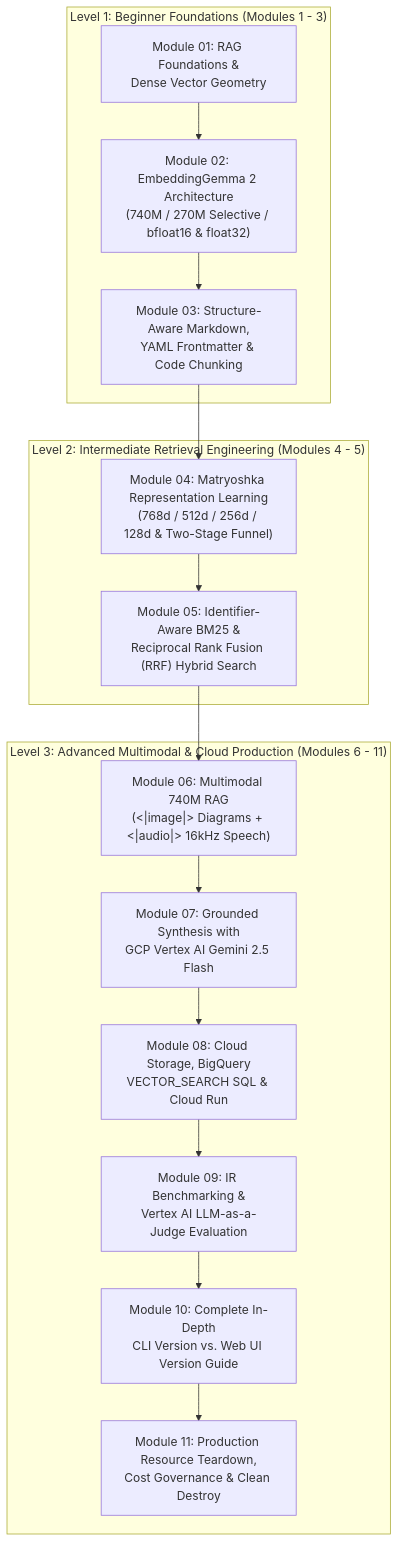
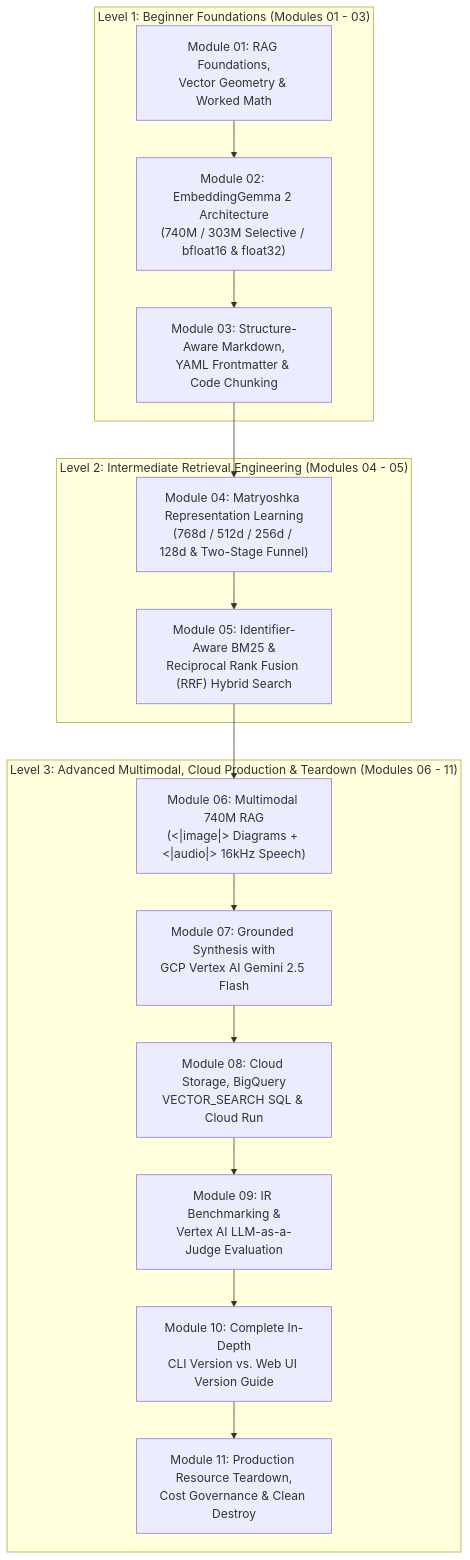
Before and after one commit to ajithvnr2001/sarvam-docs: the diagram in rag-embeddinggemma2-course/COURSE.md, drawn with Mermaid. The commit also changed other lines of this file and 14 other files, not shown here.

Commit message:
Fix all GFM/KaTeX/Mermaid lint issues & upgrade all 11 RAG course modules to MIT-Professor 4-pillar standard

````diff
--- a/rag-embeddinggemma2-course/COURSE.md
+++ b/rag-embeddinggemma2-course/COURSE.md
@@ -12,21 +12,21 @@
 ```mermaid
 flowchart TB
-    subgraph L1["Level 1: Beginner Foundations (Modules 1 - 3)"]
-        M1["Module 01: RAG Foundations &\nDense Vector Geometry"] --> M2["Module 02: EmbeddingGemma 2 Architecture\n(740M / 270M Selective / bfloat16 & float32)"]
-        M2 --> M3["Module 03: Structure-Aware Markdown,\nYAML Frontmatter & Code Chunking"]
+    subgraph L1["Level 1: Beginner Foundations (Modules 01 - 03)"]
+        M1["Module 01: RAG Foundations,<br/>Vector Geometry & Worked Math"] --> M2["Module 02: EmbeddingGemma 2 Architecture<br/>(740M / 303M Selective / bfloat16 & float32)"]
+        M2 --> M3["Module 03: Structure-Aware Markdown,<br/>YAML Frontmatter & Code Chunking"]
     end
 
-    subgraph L2["Level 2: Intermediate Retrieval Engineering (Modules 4 - 5)"]
-        M3 --> M4["Module 04: Matryoshka Representation Learning\n(768d / 512d / 256d / 128d & Two-Stage Funnel)"]
-        M4 --> M5["Module 05: Identifier-Aware BM25 &\nReciprocal Rank Fusion (RRF) Hybrid Search"]
+    subgraph L2["Level 2: Intermediate Retrieval Engineering (Modules 04 - 05)"]
+        M3 --> M4["Module 04: Matryoshka Representation Learning<br/>(768d / 512d / 256d / 128d & Two-Stage Funnel)"]
+        M4 --> M5["Module 05: Identifier-Aware BM25 &<br/>Reciprocal Rank Fusion (RRF) Hybrid Search"]
     end
 
-    subgraph L3["Level 3: Advanced Multimodal & Cloud Production (Modules 6 - 11)"]
-        M5 --> M6["Module 06: Multimodal 740M RAG\n(<|image|> Diagrams + <|audio|> 16kHz Speech)"]
-        M6 --> M7["Module 07: Grounded Synthesis with\nGCP Vertex AI Gemini 2.5 Flash"]
-        M7 --> M8["Module 08: Cloud Storage, BigQuery\nVECTOR_SEARCH SQL & Cloud Run"]
-        M8 --> M9["Module 09: IR Benchmarking &\nVertex AI LLM-as-a-Judge Evaluation"]
-        M9 --> M10["Module 10: Complete In-Depth\nCLI Version vs. Web UI Version Guide"]
-        M10 --> M11["Module 11: Production Resource Teardown,\nCost Governance & Clean Destroy"]
+    subgraph L3["Level 3: Advanced Multimodal, Cloud Production & Teardown (Modules 06 - 11)"]
+        M5 --> M6["Module 06: Multimodal 740M RAG<br/>(<|image|> Diagrams + <|audio|> 16kHz Speech)"]
+        M6 --> M7["Module 07: Grounded Synthesis with<br/>GCP Vertex AI Gemini 2.5 Flash"]
+        M7 --> M8["Module 08: Cloud Storage, BigQuery<br/>VECTOR_SEARCH SQL & Cloud Run"]
+        M8 --> M9["Module 09: IR Benchmarking &<br/>Vertex AI LLM-as-a-Judge Evaluation"]
+        M9 --> M10["Module 10: Complete In-Depth<br/>CLI Version vs. Web UI Version Guide"]
+        M10 --> M11["Module 11: Production Resource Teardown,<br/>Cost Governance & Clean Destroy"]
     end
 ```
````
